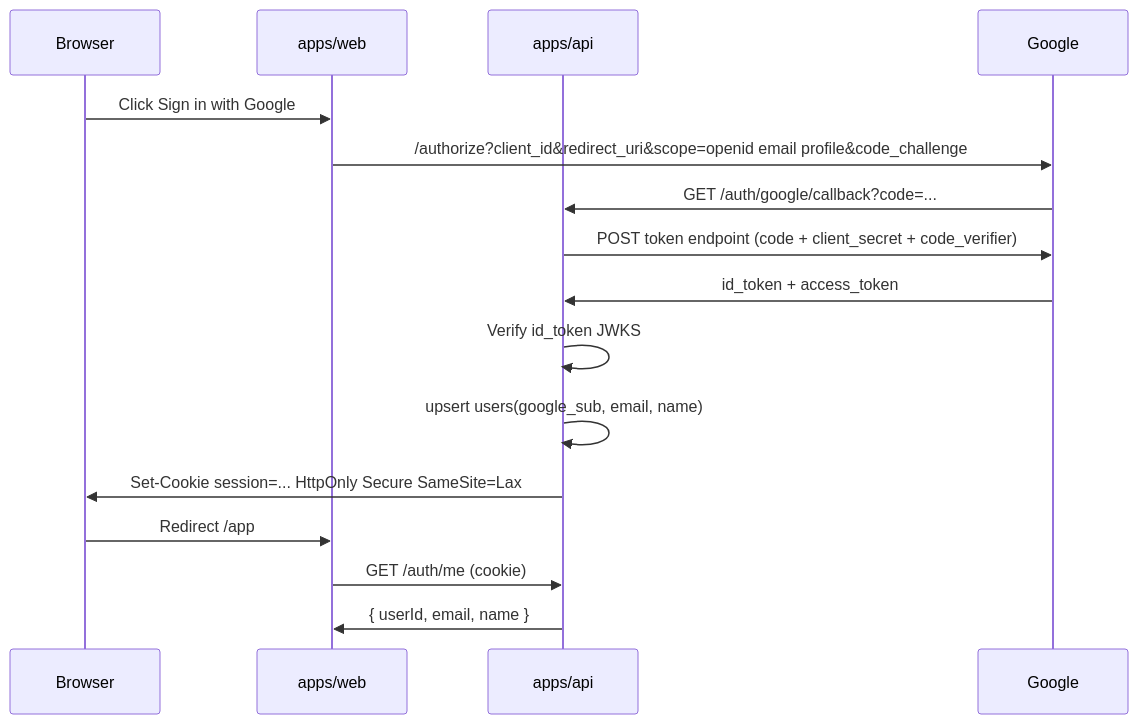
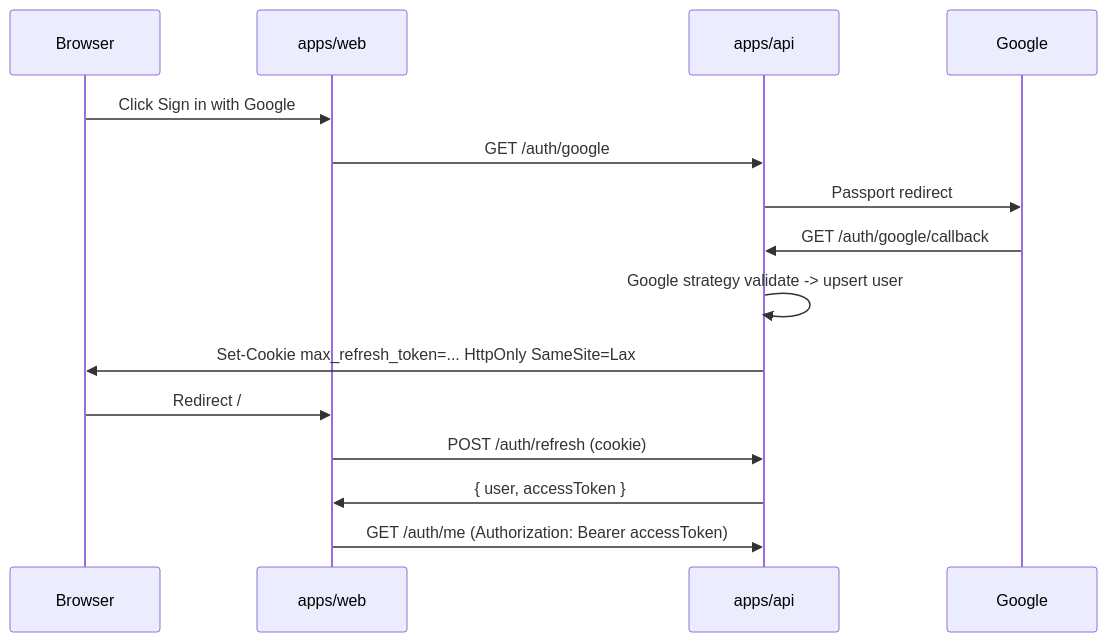
Before and after one commit to bigpetecz/max: the diagram in docs/specs/authentication.md, drawn with Mermaid. The commit also changed other lines of this file and 21 other files, not shown here.

Commit message:
feat(auth): implement passport+jwt flow with nest integration tests and docs updates

````diff
--- a/docs/specs/authentication.md
+++ b/docs/specs/authentication.md
@@ -51,19 +51,18 @@
 ```mermaid
 sequenceDiagram
   participant Browser
   participant Web as apps/web
   participant API as apps/api
   participant Google
 
   Browser->>Web: Click Sign in with Google
-  Web->>Google: /authorize?client_id&redirect_uri&scope=openid email profile&code_challenge
-  Google->>API: GET /auth/google/callback?code=...
-  API->>Google: POST token endpoint (code + client_secret + code_verifier)
-  Google->>API: id_token + access_token
-  API->>API: Verify id_token JWKS
-  API->>API: upsert users(google_sub, email, name)
-  API->>Browser: Set-Cookie session=... HttpOnly Secure SameSite=Lax
-  Browser->>Web: Redirect /app
-  Web->>API: GET /auth/me (cookie)
-  API->>Web: { userId, email, name }
+  Web->>API: GET /auth/google
+  API->>Google: Passport redirect
+  Google->>API: GET /auth/google/callback
+  API->>API: Google strategy validate -> upsert user
+  API->>Browser: Set-Cookie max_refresh_token=... HttpOnly SameSite=Lax
+  Browser->>Web: Redirect /
+  Web->>API: POST /auth/refresh (cookie)
+  API->>Web: { user, accessToken }
+  Web->>API: GET /auth/me (Authorization: Bearer accessToken)
 ```
````
